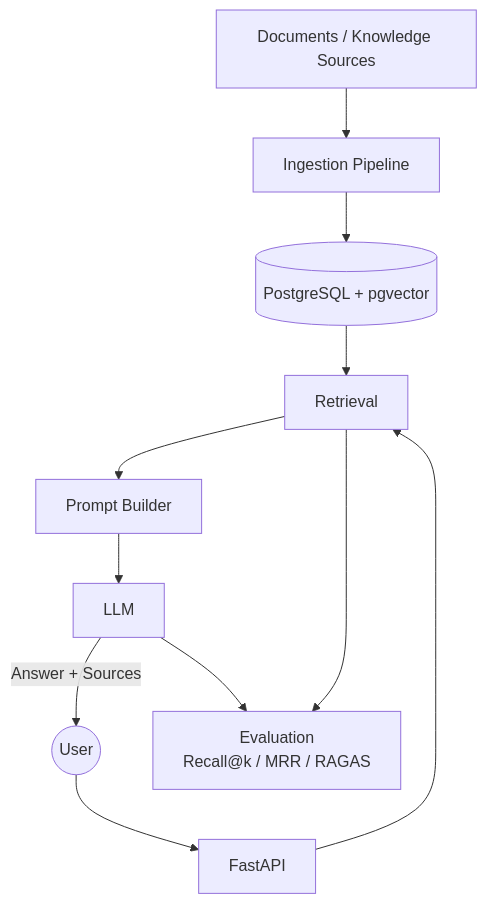
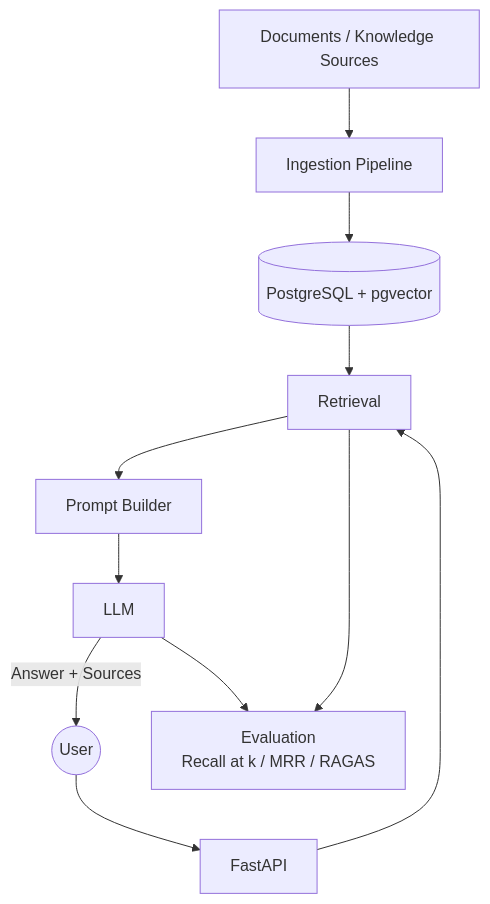
One commit to ajits-github/local-rag-system changed the diagram in README.md. Above: the diagram before and after it, drawn with Mermaid. The commit also changed 1 other file, not shown here.

Commit message:
fix(docs): remove @ from mermaid labels breaking GitHub rendering
README's Architecture diagram was rendering as "Unable to render rich
display" on GitHub, falling back to raw source text. The one genuinely
unusual character in an otherwise standard flowchart (plain rectangles,
a cylinder shape, a circle shape, an edge label, <br/> line breaks --
all long-supported Mermaid syntax) was the literal @ in "Recall@k": @
is the trigger character for Mermaid's newer node-shape/metadata syntax
(id@{shape: ...}), and in some parser versions that misfires even
mid-label inside quotes. Renamed to "Recall at k" (README) and
"Recall 5/10" (docs/architecture.md's own top diagram, same pattern).
Swept every other mermaid block in the repo for the same character;
none found.

````diff
--- a/README.md
+++ b/README.md
@@ -66,15 +66,15 @@
 ```mermaid
 flowchart TD
     Docs["Documents / Knowledge Sources"] --> Ingestion["Ingestion Pipeline"]
     Ingestion --> DB[("PostgreSQL + pgvector")]
 
     User(("User")) --> API["FastAPI"]
     API --> Retrieval["Retrieval"]
     DB --> Retrieval
     Retrieval --> Prompt["Prompt Builder"]
     Prompt --> LLM["LLM"]
     LLM -->|"Answer + Sources"| User
 
     Retrieval --> Evaluation
-    LLM --> Evaluation["Evaluation<br/>Recall@k / MRR / RAGAS"]
+    LLM --> Evaluation["Evaluation<br/>Recall at k / MRR / RAGAS"]
 ```
````
